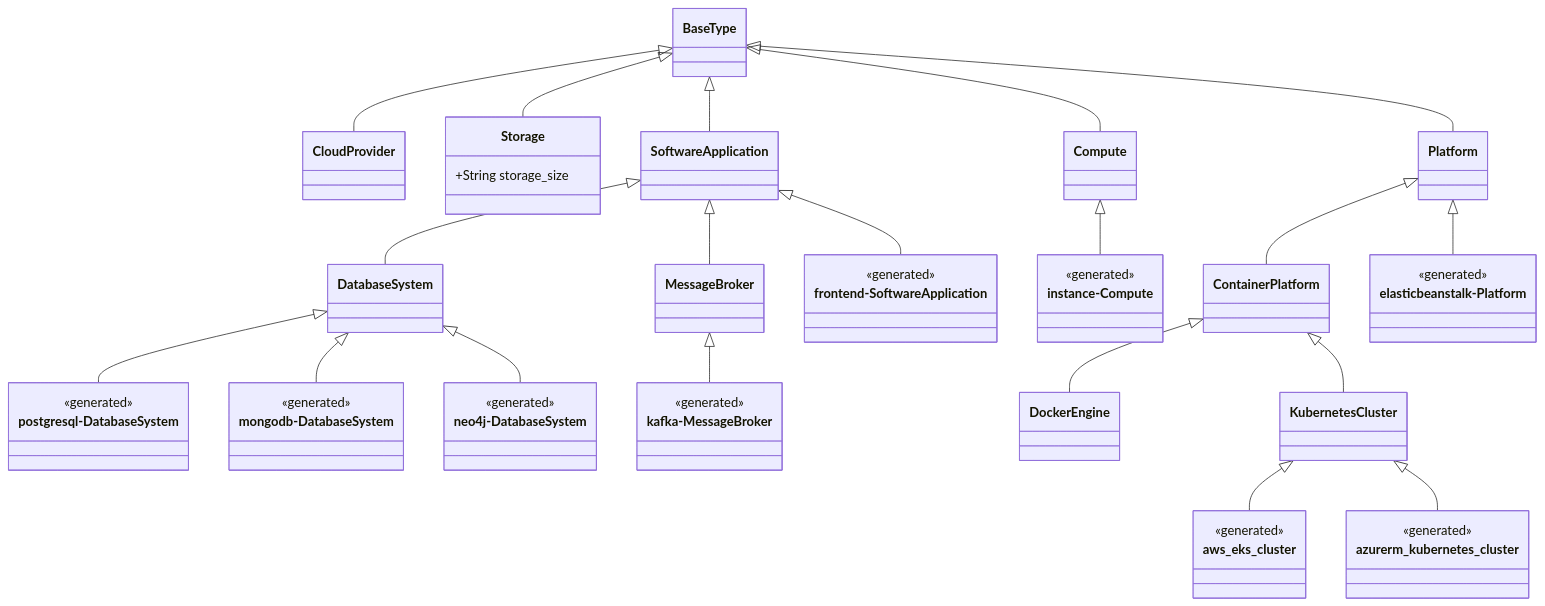
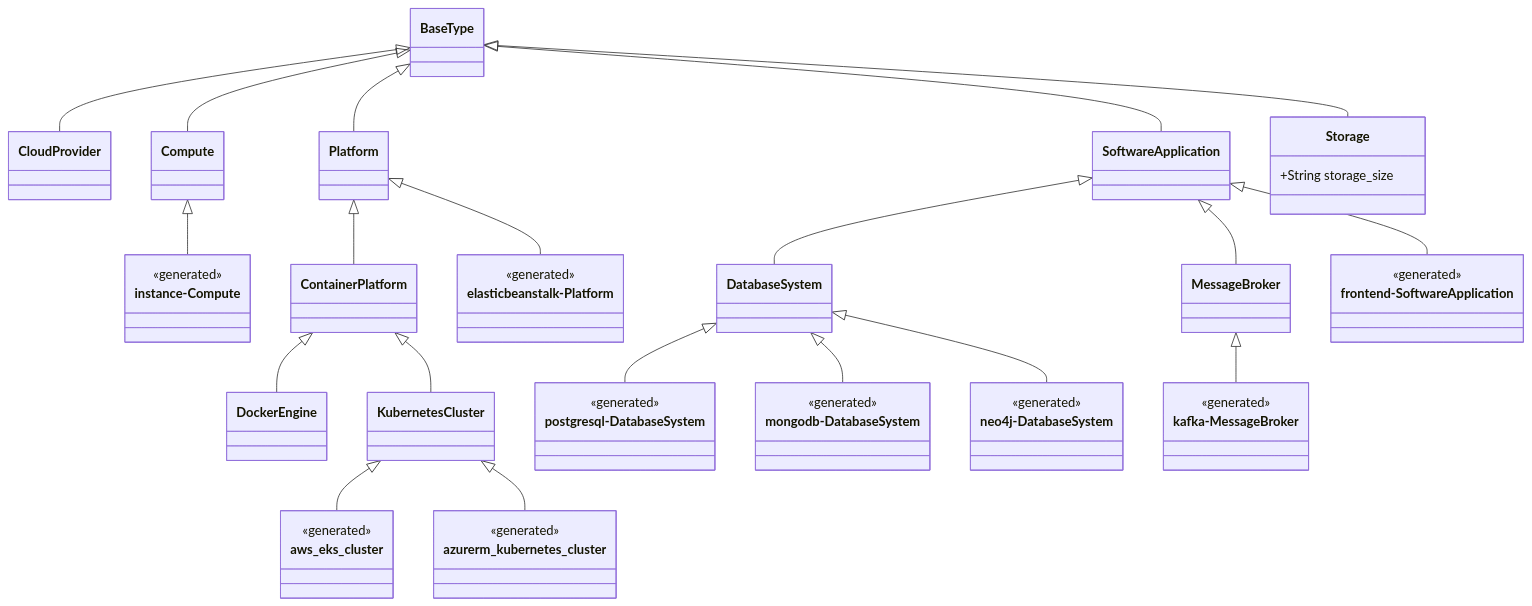
Before and after one commit to UST-DeMAF/demaf-type-definitions: the first of 3 diagrams in README.md, drawn with Mermaid. The commit also changed other lines of this file, not shown here.

First line of the commit message:
Reorder the type diagram and draw relations at the Platform level

````diff
--- a/README.md
+++ b/README.md
@@ -30,57 +30,57 @@
 ```mermaid
 classDiagram
     direction TB
     class BaseType
     class CloudProvider
-    class Storage {
-        +String storage_size
-    }
-    class SoftwareApplication
-    class DatabaseSystem
-    class MessageBroker
     class Compute
     class Platform
     class ContainerPlatform
     class DockerEngine
     class KubernetesCluster
+    class SoftwareApplication
+    class DatabaseSystem
+    class MessageBroker
+    class Storage {
+        +String storage_size
+    }
 
+    class instance_Compute["instance-Compute"]
+    class elasticbeanstalk_Platform["elasticbeanstalk-Platform"]
+    class aws_eks_cluster
+    class azurerm_kubernetes_cluster
     class frontend_SoftwareApplication["frontend-SoftwareApplication"]
     class postgresql_DatabaseSystem["postgresql-DatabaseSystem"]
     class mongodb_DatabaseSystem["mongodb-DatabaseSystem"]
     class neo4j_DatabaseSystem["neo4j-DatabaseSystem"]
     class kafka_MessageBroker["kafka-MessageBroker"]
-    class instance_Compute["instance-Compute"]
-    class elasticbeanstalk_Platform["elasticbeanstalk-Platform"]
-    class aws_eks_cluster
-    class azurerm_kubernetes_cluster
+    <<generated>> instance_Compute
+    <<generated>> elasticbeanstalk_Platform
+    <<generated>> aws_eks_cluster
+    <<generated>> azurerm_kubernetes_cluster
     <<generated>> frontend_SoftwareApplication
     <<generated>> postgresql_DatabaseSystem
     <<generated>> mongodb_DatabaseSystem
     <<generated>> neo4j_DatabaseSystem
     <<generated>> kafka_MessageBroker
-    <<generated>> instance_Compute
-    <<generated>> elasticbeanstalk_Platform
-    <<generated>> aws_eks_cluster
-    <<generated>> azurerm_kubernetes_cluster
 
     BaseType <|-- CloudProvider
-    BaseType <|-- Storage
-    BaseType <|-- SoftwareApplication
     BaseType <|-- Compute
     BaseType <|-- Platform
-    SoftwareApplication <|-- DatabaseSystem
-    SoftwareApplication <|-- MessageBroker
+    BaseType <|-- SoftwareApplication
+    BaseType <|-- Storage
     Platform <|-- ContainerPlatform
     ContainerPlatform <|-- DockerEngine
     ContainerPlatform <|-- KubernetesCluster
+    SoftwareApplication <|-- DatabaseSystem
+    SoftwareApplication <|-- MessageBroker
 
+    Compute <|-- instance_Compute
+    Platform <|-- elasticbeanstalk_Platform
+    KubernetesCluster <|-- aws_eks_cluster
+    KubernetesCluster <|-- azurerm_kubernetes_cluster
     SoftwareApplication <|-- frontend_SoftwareApplication
     DatabaseSystem <|-- postgresql_DatabaseSystem
     DatabaseSystem <|-- mongodb_DatabaseSystem
     DatabaseSystem <|-- neo4j_DatabaseSystem
     MessageBroker <|-- kafka_MessageBroker
-    Compute <|-- instance_Compute
-    Platform <|-- elasticbeanstalk_Platform
-    KubernetesCluster <|-- aws_eks_cluster
-    KubernetesCluster <|-- azurerm_kubernetes_cluster
 ```
````
